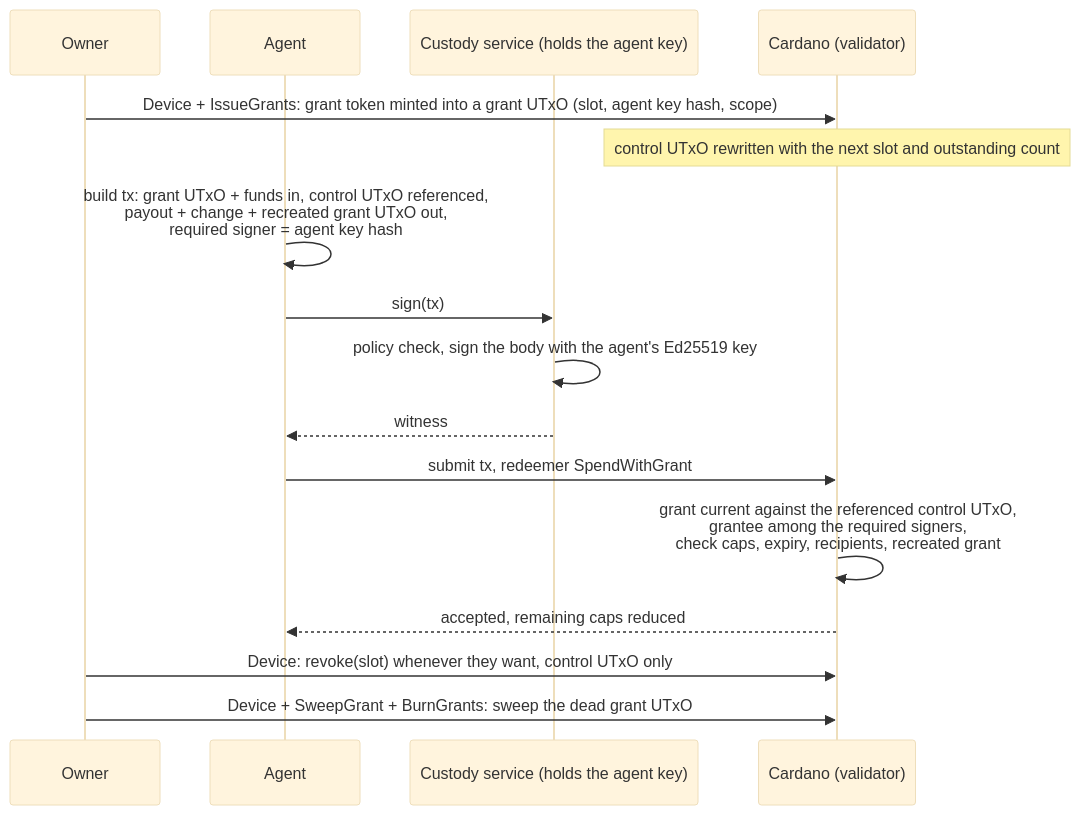
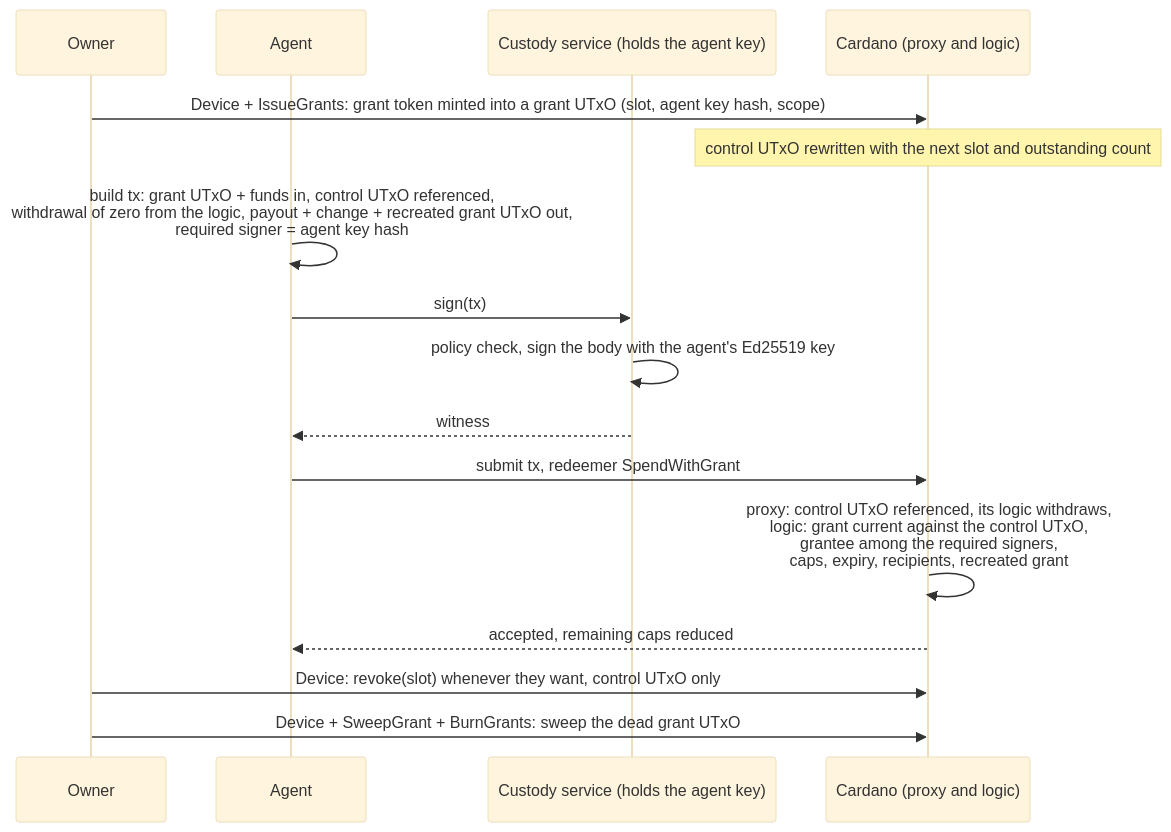
One commit to Biglup/cardano-account-custody-contract changed the seventh of 7 diagrams in README.md. Above: the diagram before and after it, drawn with Mermaid (base theme). The commit also changed other lines of this file and 1 other file, not shown here.

First line of the commit message:
docs: describe the proxy and logic model and the upgrade path

````diff
--- a/README.md
+++ b/README.md
@@ -209,20 +286,20 @@
 ```mermaid
 sequenceDiagram
     participant Owner
     participant Agent
     participant Custody as Custody service (holds the agent key)
-    participant Chain as Cardano (validator)
+    participant Chain as Cardano (proxy and logic)
 
     Owner->>Chain: Device + IssueGrants: grant token minted into a grant UTxO (slot, agent key hash, scope)
     Note over Chain: control UTxO rewritten with the next slot and outstanding count
 
-    Agent->>Agent: build tx: grant UTxO + funds in, control UTxO referenced,<br/>payout + change + recreated grant UTxO out,<br/>required signer = agent key hash
+    Agent->>Agent: build tx: grant UTxO + funds in, control UTxO referenced,<br/>withdrawal of zero from the logic, payout + change + recreated grant UTxO out,<br/>required signer = agent key hash
     Agent->>Custody: sign(tx)
     Custody->>Custody: policy check, sign the body with the agent's Ed25519 key
     Custody-->>Agent: witness
     Agent->>Chain: submit tx, redeemer SpendWithGrant
-    Chain->>Chain: grant current against the referenced control UTxO,<br/>grantee among the required signers,<br/>check caps, expiry, recipients, recreated grant
+    Chain->>Chain: proxy: control UTxO referenced, its logic withdraws,<br/>logic: grant current against the control UTxO,<br/>grantee among the required signers,<br/>caps, expiry, recipients, recreated grant
     Chain-->>Agent: accepted, remaining caps reduced
     Owner->>Chain: Device: revoke(slot) whenever they want, control UTxO only
     Owner->>Chain: Device + SweepGrant + BurnGrants: sweep the dead grant UTxO
 ```
````
